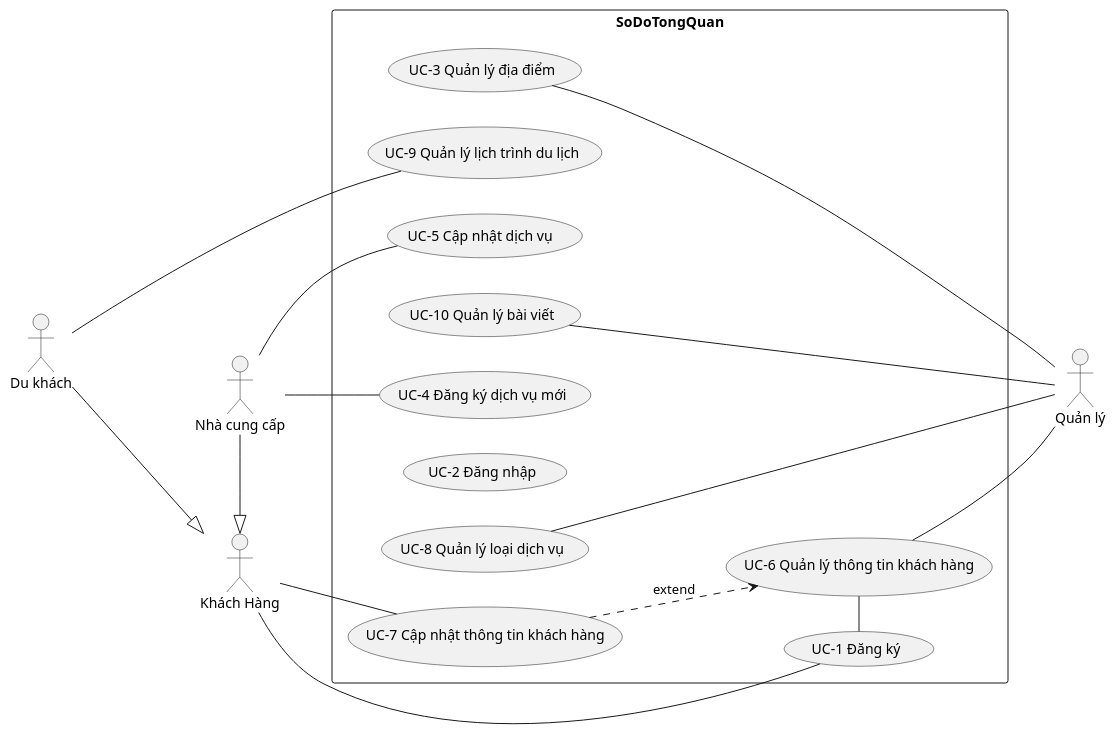
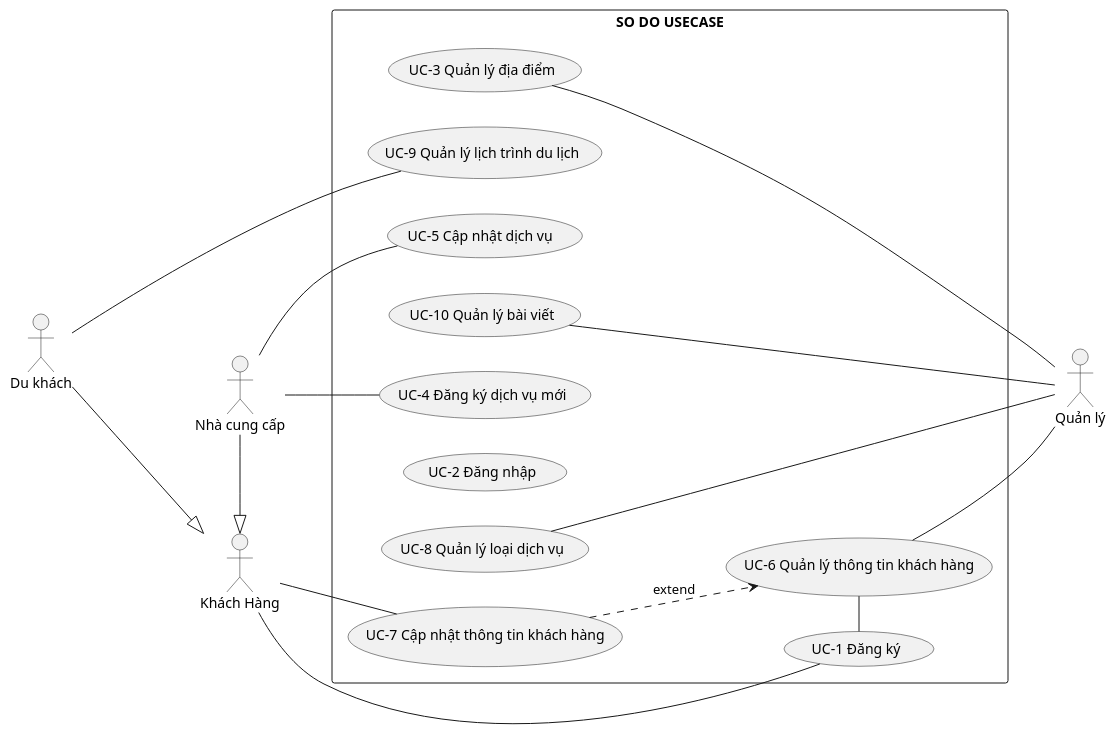
The diagram in PlanUML/UseCase.puml (TranTan-Dat/LV_DuLichDienTu), drawn with PlantUML before and after one commit. The commit also changed 22 other files, not shown here.

```diff
--- a/PlanUML/UseCase.puml
+++ b/PlanUML/UseCase.puml
@@ -1,51 +1,51 @@
 @startuml SoDoUC
 left to right direction
 actor "Quản lý" as QL
 actor "Khách Hàng" as KH
 actor "Nhà cung cấp" as NCC
 actor "Du khách" as DKhach
 
 
-rectangle  SoDoTongQuan{
+rectangle  "SO DO USECASE"{
   usecase "UC-8 Quản lý loại dịch vụ" as QLLDV
   usecase "UC-3 Quản lý địa điểm" as QLDD
   ' usecase "UC-9 Quản lý thông tin " as QLTTDD
 
   usecase "UC-4 Đăng ký dịch vụ mới" as Them_TTDD
   usecase "UC-5 Cập nhật dịch vụ " as CapNhat_TTDD
   usecase "UC-7 Cập nhật thông tin khách hàng" as CapNhat_TTKH
 
   usecase "UC-6 Quản lý thông tin khách hàng" as QLTTKH
   usecase "UC-1 Đăng ký" as DKy
   usecase "UC-2 Đăng nhập" as DNhapz
   usecase "UC-9 Quản lý lịch trình du lịch" as QLCD
   
   usecase "UC-10 Quản lý bài viết" as QLBV
 
   
   ' chỗ nay nhà cung cấp và du khách đều dùng quản lý lịch trình du lịch
 }
 
 QLTTKH - DKy
 CapNhat_TTKH ..> QLTTKH : extend
 
 KH -- CapNhat_TTKH
 KH --- DKy
 
 QLDD -- QL
 QLTTKH -- QL
 QLLDV - QL
 QLBV -- QL
 
 
 NCC -|> KH
 
 DKhach ---|> KH
 
 NCC - CapNhat_TTDD
 NCC - Them_TTDD
 
 
 DKhach -- QLCD
 
 @enduml
```
